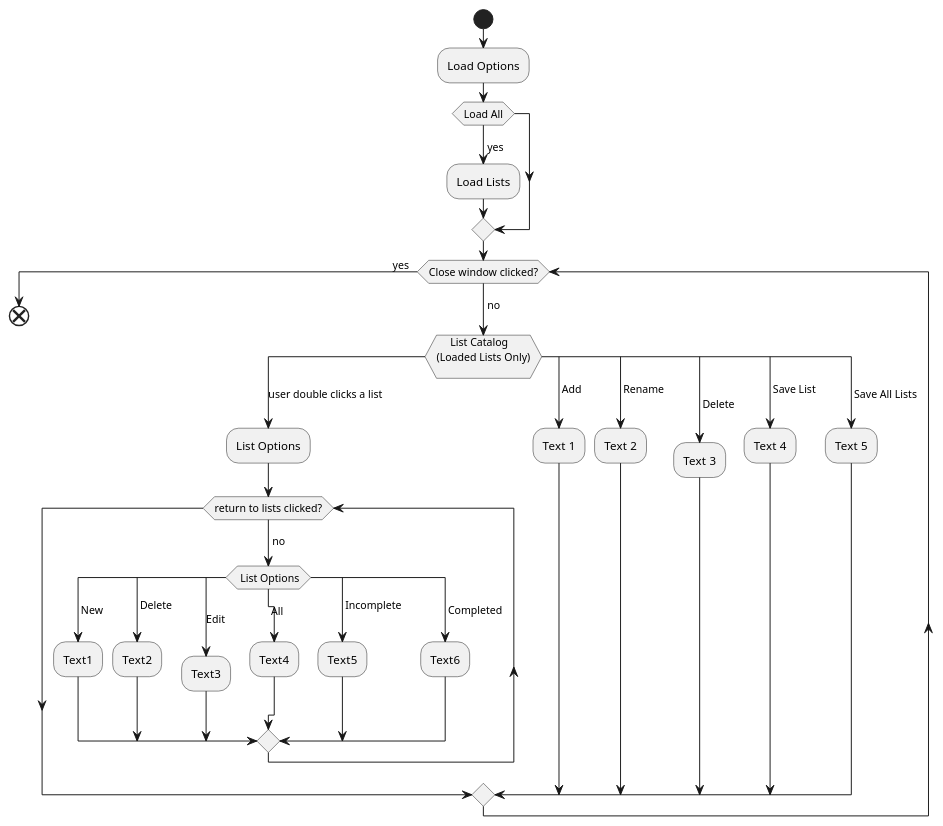
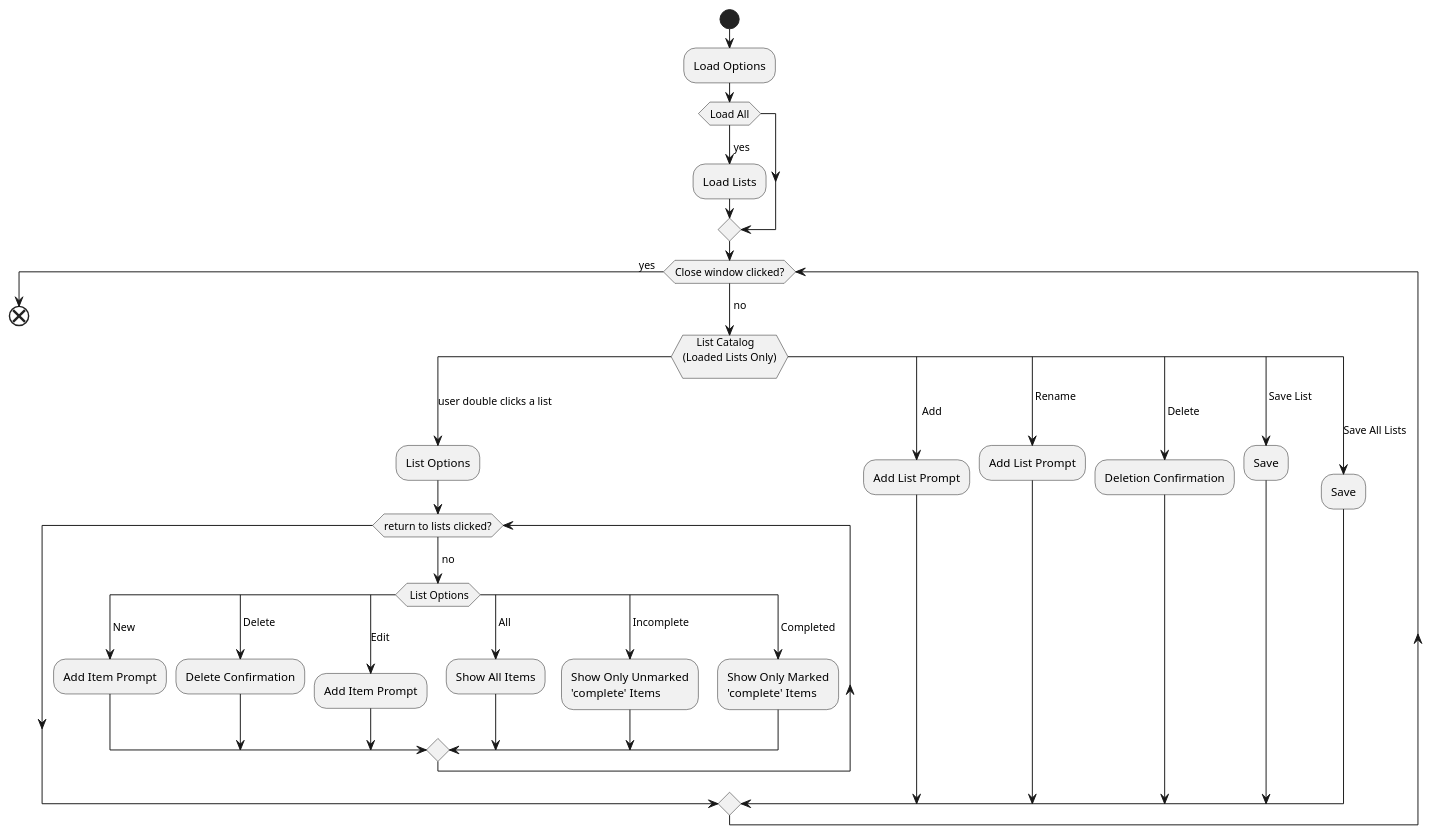
The diagram in uml/AppFlow.puml (G00SE-Y/woollet-cop3330-assignment4part2), drawn with PlantUML before and after one commit. The commit also changed 21 other files, not shown here.

Commit message:
Added uml files and other class files

```diff
--- a/uml/AppFlow.puml
+++ b/uml/AppFlow.puml
@@ -1,51 +1,51 @@
 @startuml
 'https://plantuml.com/activity-diagram-beta
 
 start
 
 :Load Options;
 
 if(Load All) then(\nyes\n)
     :Load Lists;
 endif
 
 while (Close window clicked?) is (\nno)
 switch (     List Catalog\n(Loaded Lists Only)\n)
 
 case (user double clicks a list)
 
     :List Options;
     while(return to lists clicked?) is (\nno)
     switch ( List Options)
     case ( New)
-        :Text1;
+        :Add Item Prompt;
     case ( Delete)
-        :Text2;
+        :Delete Confirmation;
     case ( \nEdit)
-        :Text3;
+        :Add Item Prompt;
     case ( All)
-        :Text4;
+        :Show All Items;
     case ( Incomplete)
-        :Text5;
+        :Show Only Unmarked\n'complete' Items;
     case ( Completed)
-        :Text6;
+        :Show Only Marked\n'complete' Items;
     endswitch
     endwhile
 
-case ( Add)
-  :Text 1;
+case ( \n  Add)
+  :Add List Prompt;
 case ( Rename)
-  :Text 2;
+  :Add List Prompt;
 case (\n Delete)
-  :Text 3;
+  :Deletion Confirmation;
 case ( Save List)
-  :Text 4;
-case ( Save All Lists)
-  :Text 5;
+    :Save;
+case ( \n\nSave All Lists)
+    :Save;
 endswitch
 
 endwhile (yes   )
 end
 
 
 @enduml
```
